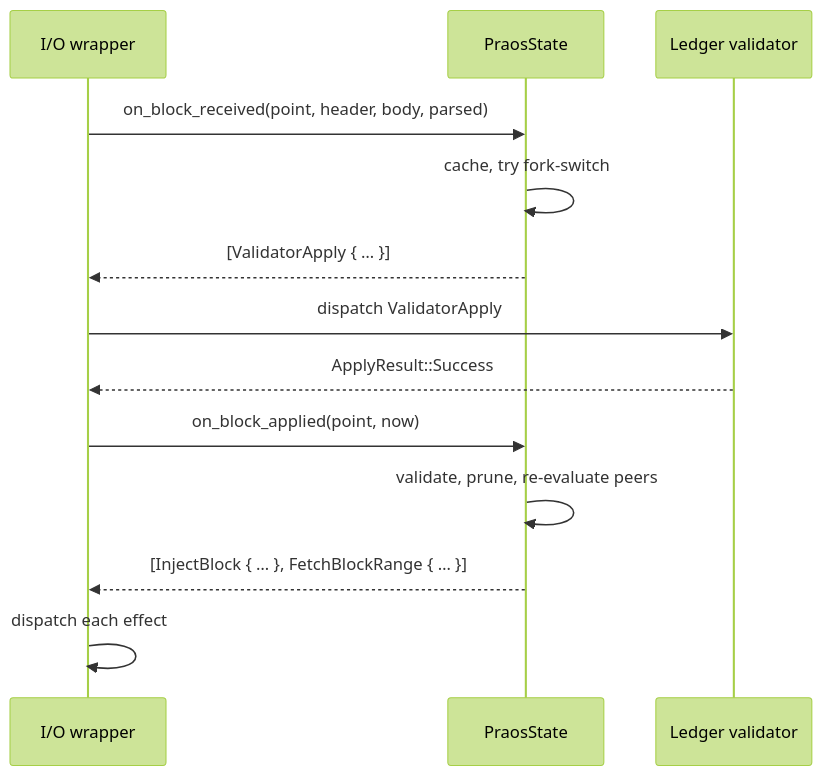
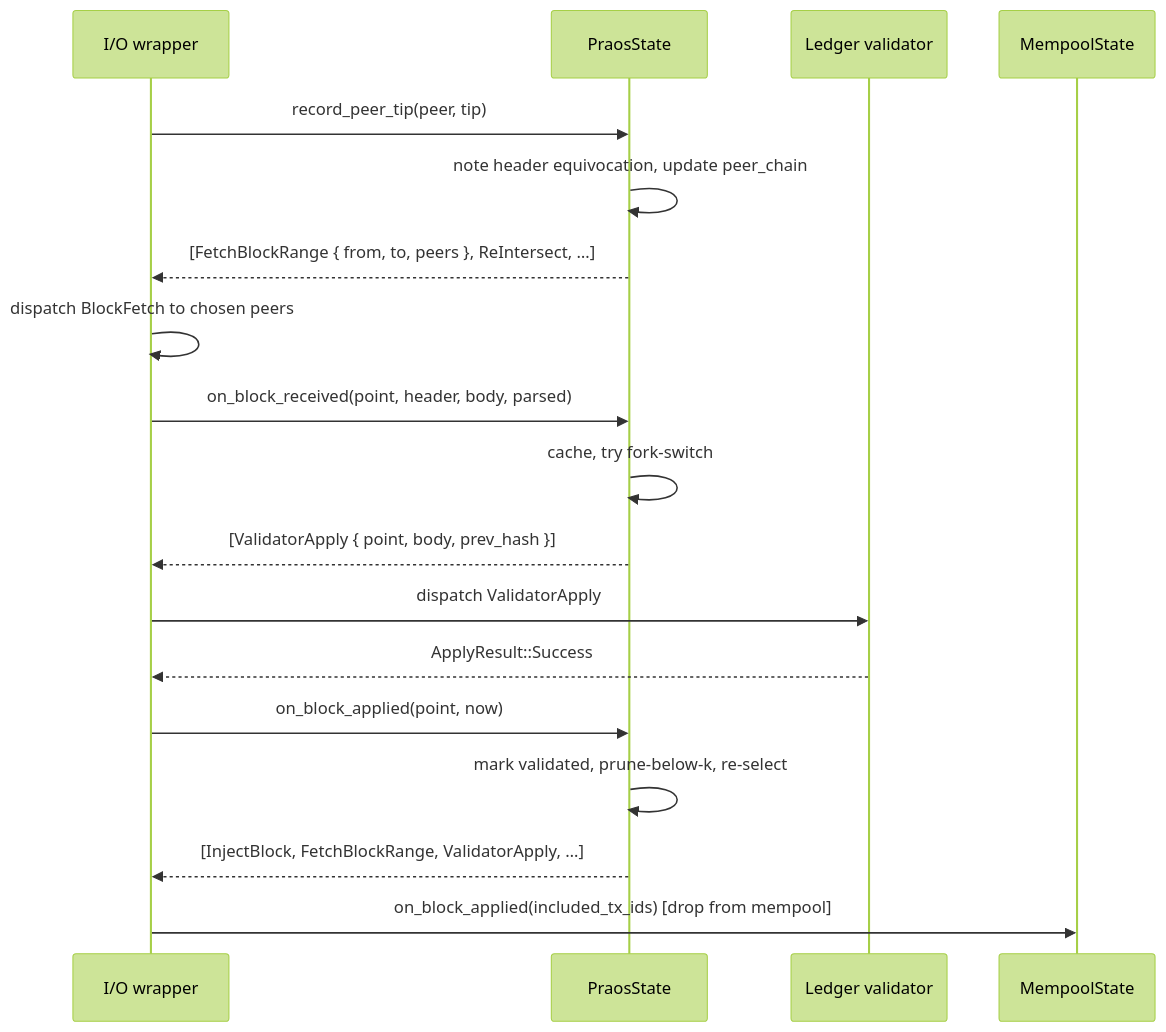
The third of 9 diagrams in shared-rs/consensus/README.md (input-output-hk/ouroboros-leios), drawn with Mermaid (forest theme) before and after one commit. The commit also changed other lines of this file and 2 other files, not shown here.

````diff
--- a/shared-rs/consensus/README.md
+++ b/shared-rs/consensus/README.md
@@ -79,16 +142,23 @@
 ```mermaid
 sequenceDiagram
     participant Net as I/O wrapper
     participant Praos as PraosState
     participant Val as Ledger validator
+    participant Mp as MempoolState
+
+    Net->>Praos: record_peer_tip(peer, tip)
+    Praos->>Praos: note header equivocation, update peer_chain
+    Praos-->>Net: [FetchBlockRange { from, to, peers }, ReIntersect, …]
+    Net->>Net: dispatch BlockFetch to chosen peers
 
     Net->>Praos: on_block_received(point, header, body, parsed)
     Praos->>Praos: cache, try fork-switch
-    Praos-->>Net: [ValidatorApply { … }]
+    Praos-->>Net: [ValidatorApply { point, body, prev_hash }]
     Net->>Val: dispatch ValidatorApply
     Val-->>Net: ApplyResult::Success
+
     Net->>Praos: on_block_applied(point, now)
-    Praos->>Praos: validate, prune, re-evaluate peers
-    Praos-->>Net: [InjectBlock { … }, FetchBlockRange { … }]
-    Net->>Net: dispatch each effect
+    Praos->>Praos: mark validated, prune-below-k, re-select
+    Praos-->>Net: [InjectBlock, FetchBlockRange, ValidatorApply, …]
+    Net->>Mp: on_block_applied(included_tx_ids) [drop from mempool]
 ```
````
